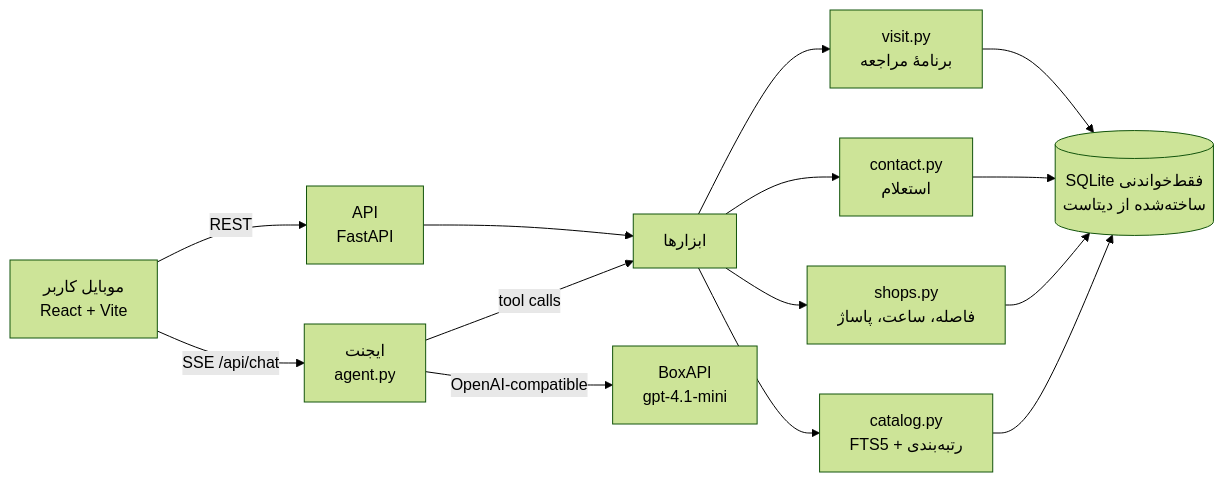
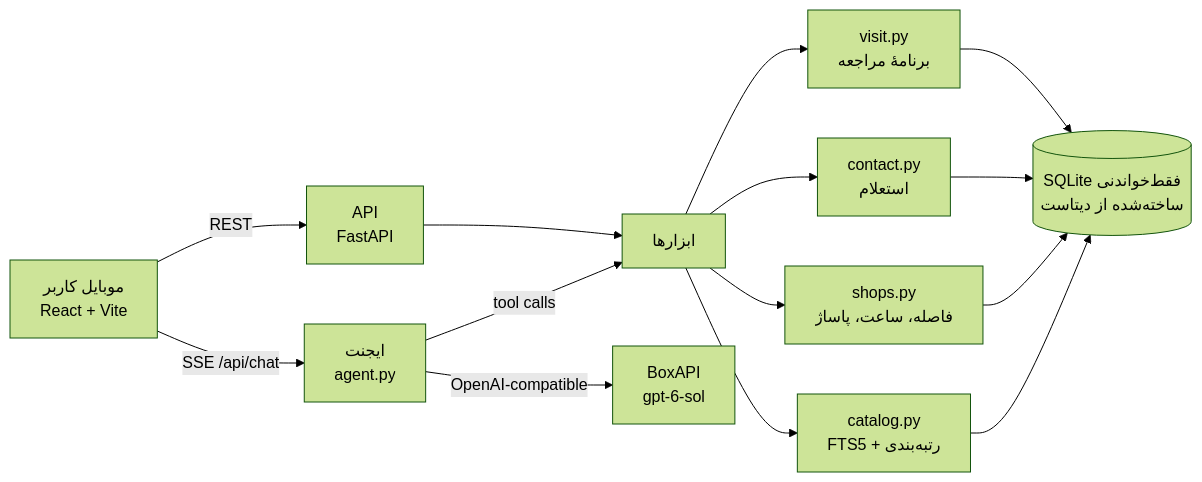
Before and after one commit to ssepehrnoush/torob-bazargard: the diagram in README.md, drawn with Mermaid (forest theme). The commit also changed other lines of this file and 1 other file, not shown here.

Commit message:
Docs: gpt-6-sol on BoxAPI with OpenAI as a backup that answers from Liara too

````diff
--- a/README.md
+++ b/README.md
@@ -45,13 +45,13 @@
 ```mermaid
 flowchart LR
   U[موبایل کاربر\nReact + Vite] -- SSE /api/chat --> A[ایجنت\nagent.py]
   U -- REST --> R[API\nFastAPI]
   A -- tool calls --> T[ابزارها]
   R --> T
   T --> C[catalog.py\nFTS5 + رتبه‌بندی]
   T --> S[shops.py\nفاصله، ساعت، پاساژ]
   T --> K[contact.py\nاستعلام]
   T --> V[visit.py\nبرنامهٔ مراجعه]
   C & S & K & V --> D[(SQLite فقط‌خواندنی\nساخته‌شده از دیتاست)]
-  A -- OpenAI-compatible --> L[BoxAPI\ngpt-4.1-mini]
+  A -- OpenAI-compatible --> L[BoxAPI\ngpt-6-sol]
 ```
````
